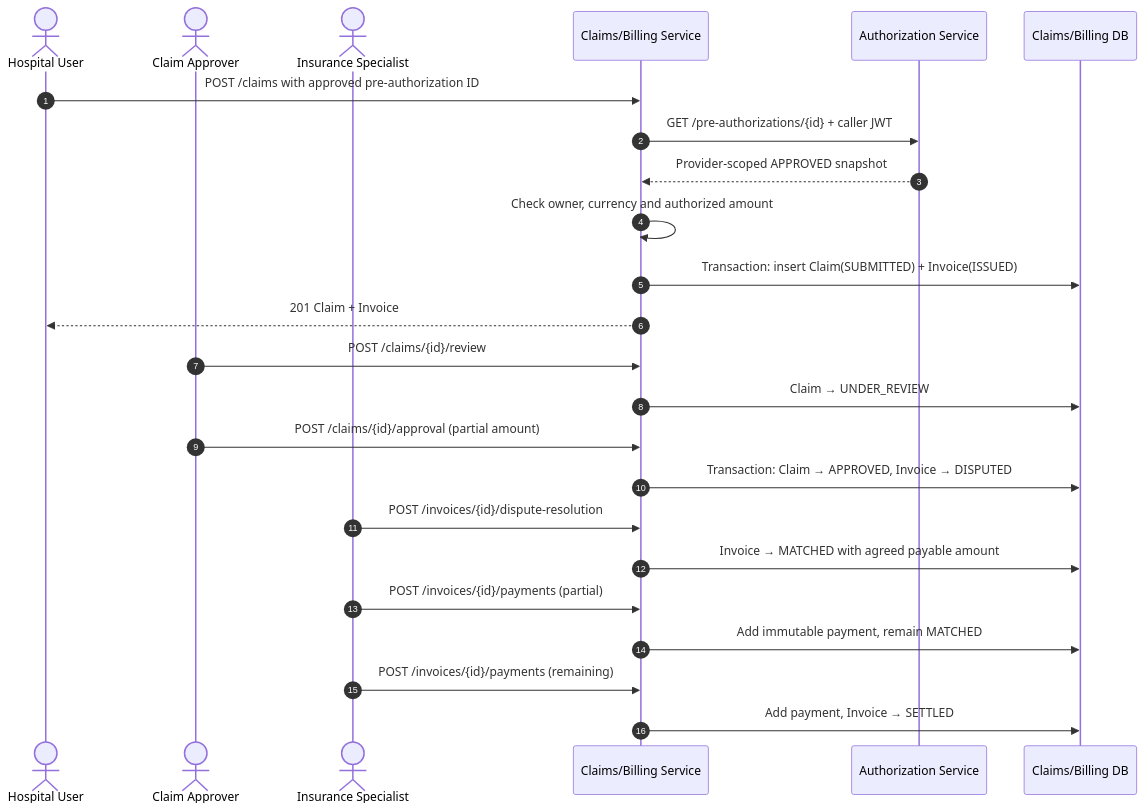
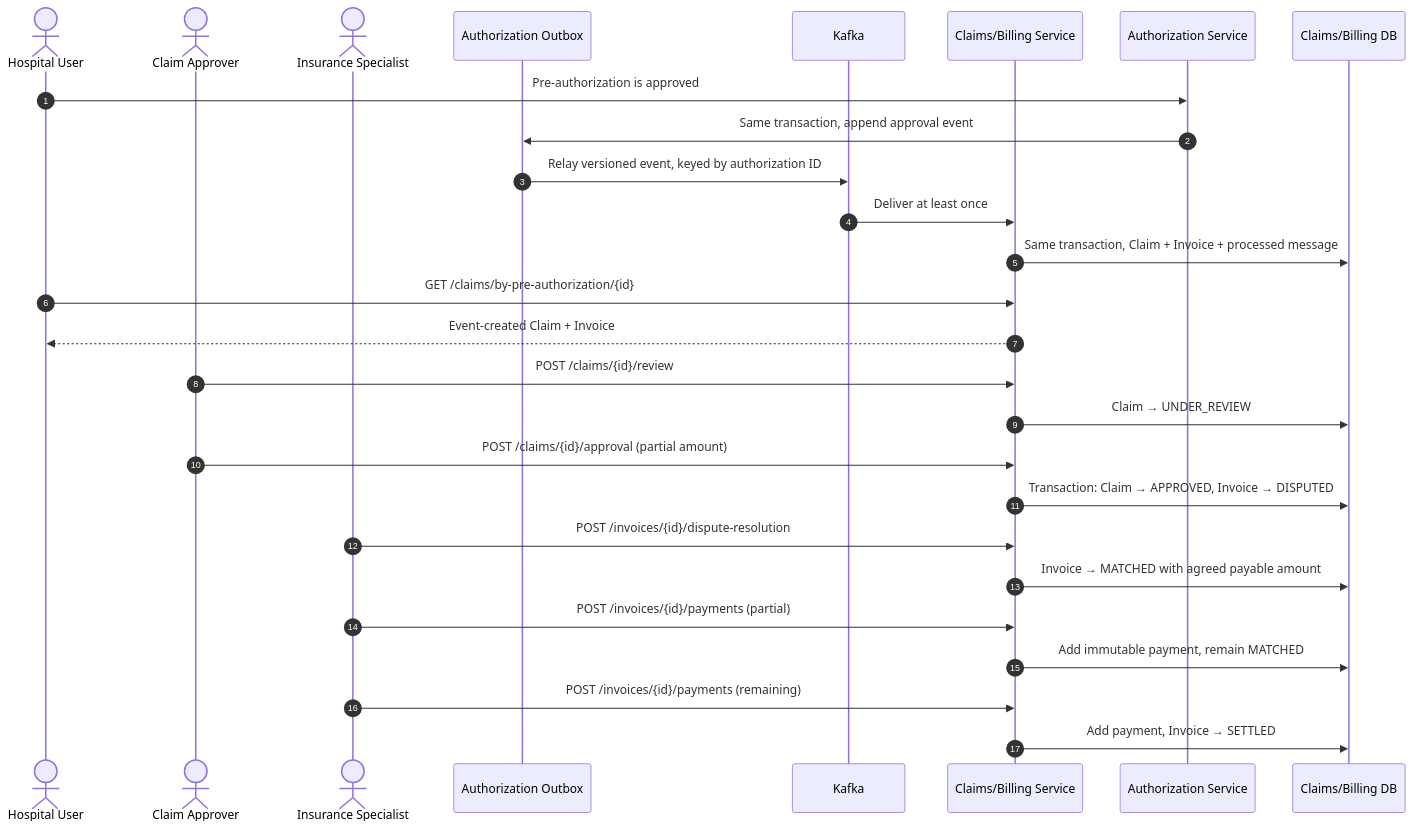
The second of 3 diagrams in docs/architecture/workflow-sequences.md (aydindemir1/health-insurance-platform), drawn with Mermaid before and after one commit. The commit also changed 12 other files, not shown here.

````diff
--- a/docs/architecture/workflow-sequences.md
+++ b/docs/architecture/workflow-sequences.md
@@ -37,29 +37,32 @@
 ```mermaid
 sequenceDiagram
     autonumber
     actor H as Hospital User
     actor C as Claim Approver
     actor F as Insurance Specialist
+    participant O as Authorization Outbox
+    participant K as Kafka
     participant CB as Claims/Billing Service
     participant A as Authorization Service
     participant DB as Claims/Billing DB
 
-    H->>CB: POST /claims with approved pre-authorization ID
-    CB->>A: GET /pre-authorizations/{id} + caller JWT
-    A-->>CB: Provider-scoped APPROVED snapshot
-    CB->>CB: Check owner, currency and authorized amount
-    CB->>DB: Transaction: insert Claim(SUBMITTED) + Invoice(ISSUED)
-    CB-->>H: 201 Claim + Invoice
+    H->>A: Pre-authorization is approved
+    A->>O: Same transaction, append approval event
+    O->>K: Relay versioned event, keyed by authorization ID
+    K->>CB: Deliver at least once
+    CB->>DB: Same transaction, Claim + Invoice + processed message
+    H->>CB: GET /claims/by-pre-authorization/{id}
+    CB-->>H: Event-created Claim + Invoice
 
     C->>CB: POST /claims/{id}/review
     CB->>DB: Claim → UNDER_REVIEW
     C->>CB: POST /claims/{id}/approval (partial amount)
     CB->>DB: Transaction: Claim → APPROVED, Invoice → DISPUTED
 
     F->>CB: POST /invoices/{id}/dispute-resolution
     CB->>DB: Invoice → MATCHED with agreed payable amount
     F->>CB: POST /invoices/{id}/payments (partial)
     CB->>DB: Add immutable payment, remain MATCHED
     F->>CB: POST /invoices/{id}/payments (remaining)
     CB->>DB: Add payment, Invoice → SETTLED
 ```
````
